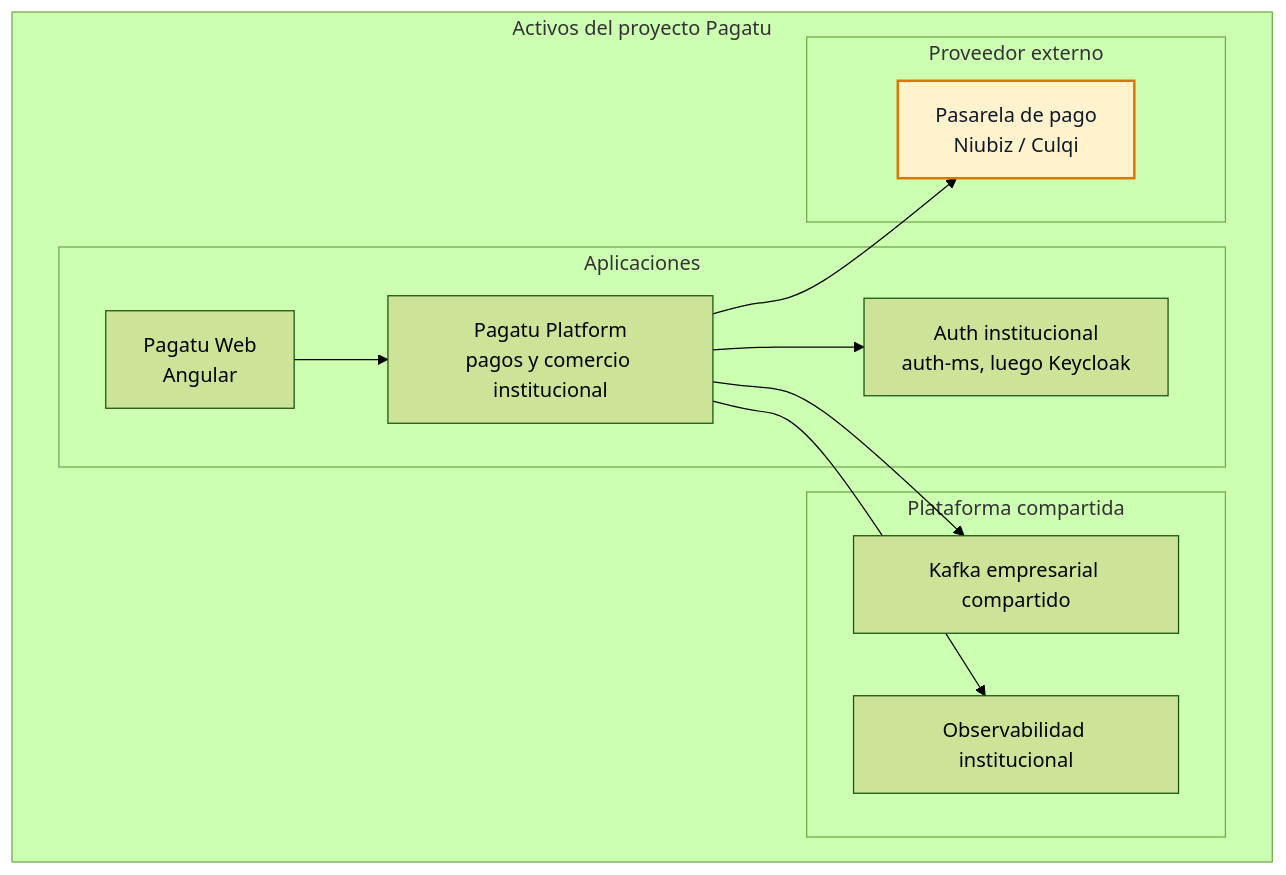
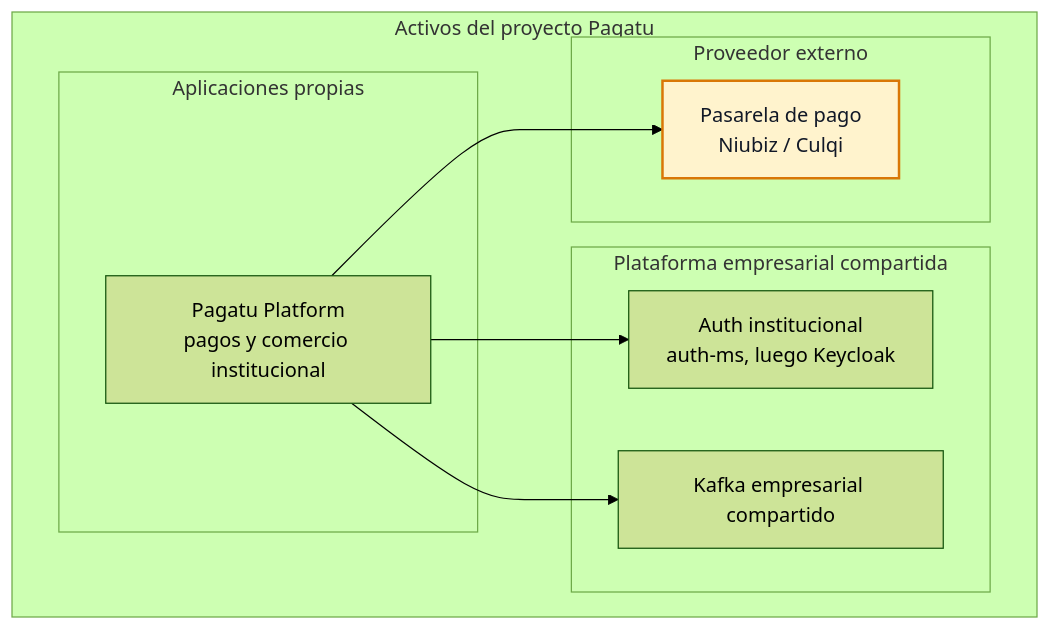
One commit to 262dist/pagatu changed the first of 11 diagrams in README.md. Above: the diagram before and after it, drawn with Mermaid (forest theme). The commit also changed other lines of this file, not shown here.

````diff
--- a/README.md
+++ b/README.md
@@ -42,28 +42,24 @@
 ```mermaid
 flowchart TB
     subgraph pagatuAssets["Activos del proyecto Pagatu"]
-        subgraph aplicaciones["Aplicaciones"]
+        subgraph propias["Aplicaciones propias"]
             pagatuPlatform["Pagatu Platform<br/>pagos y comercio institucional"]
-            angularApp["Pagatu Web<br/>Angular"]
-            authApp["Auth institucional<br/>auth-ms, luego Keycloak"]
         end
 
-        subgraph plataforma["Plataforma compartida"]
+        subgraph compartidas["Plataforma empresarial compartida"]
+            authApp["Auth institucional<br/>auth-ms, luego Keycloak"]
             kafkaEmp["Kafka empresarial compartido"]
-            obsEmp["Observabilidad institucional"]
         end
 
         subgraph externos["Proveedor externo"]
             pasarela["Pasarela de pago<br/>Niubiz / Culqi"]
         end
     end
 
-    angularApp --> pagatuPlatform
     pagatuPlatform --> authApp
     pagatuPlatform --> kafkaEmp
-    pagatuPlatform --> obsEmp
     pagatuPlatform --> pasarela
 
     classDef external fill:#fff3cd,stroke:#d97706,stroke-width:2px,color:#111827
     class pasarela external
 ```
````
